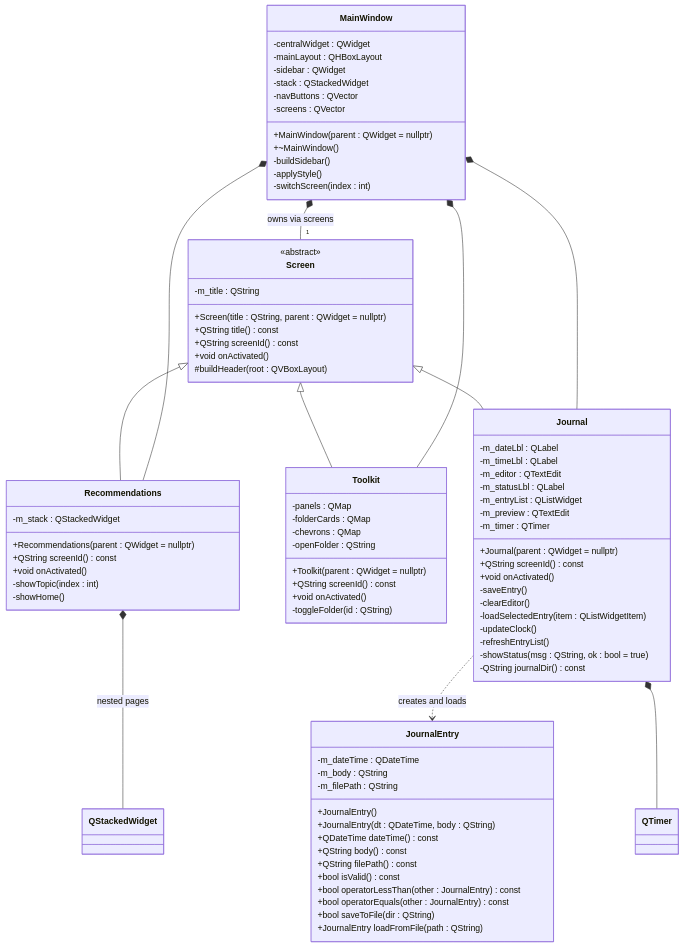
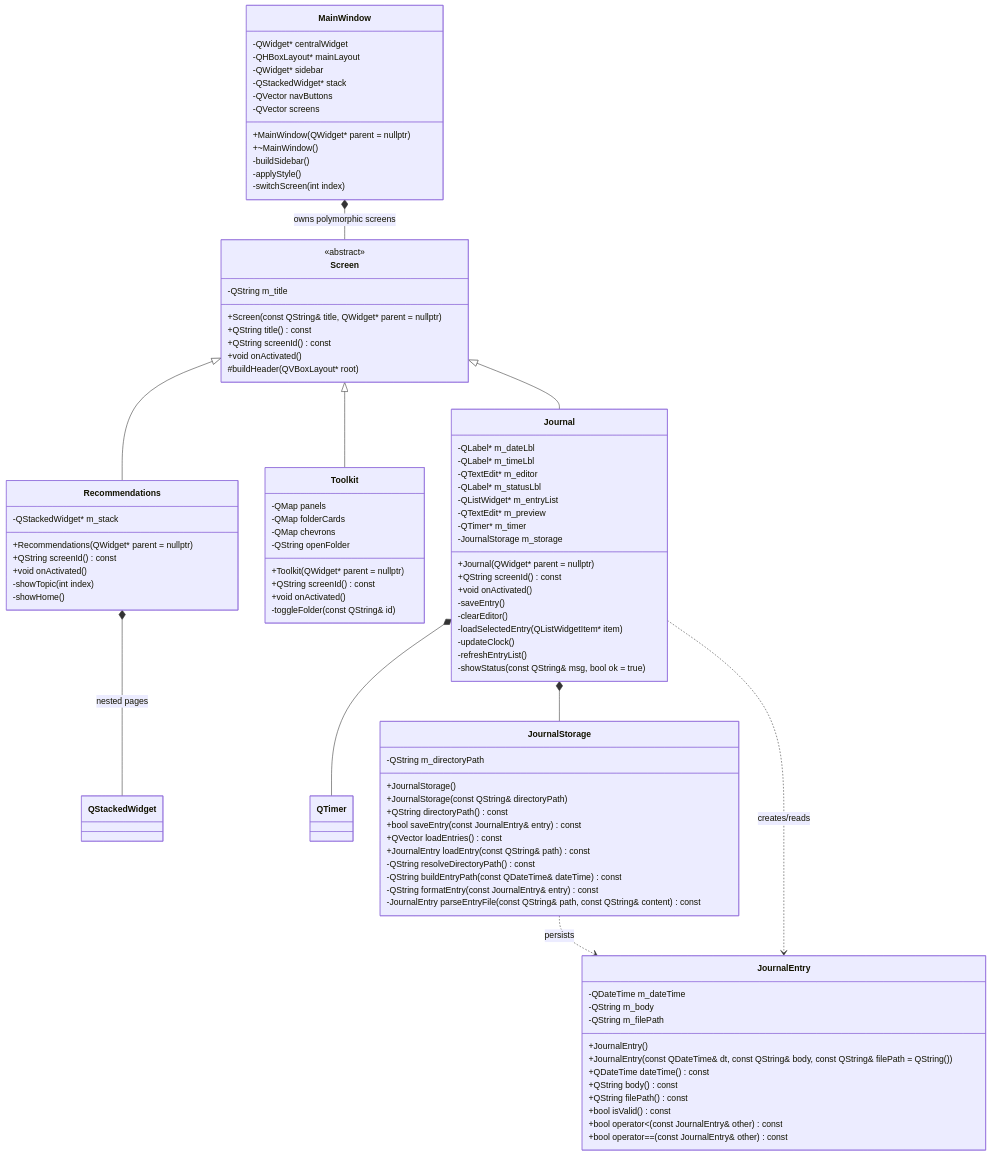
One commit to PhyoThihaOo32/MindEasePanther changed the sixth of 8 diagrams in ARCHITECTURE_DIAGRAMS.md. Above: the diagram before and after it, drawn with Mermaid. The commit also changed other lines of this file and 76 other files, not shown here.

````diff
--- a/ARCHITECTURE_DIAGRAMS.md
+++ b/ARCHITECTURE_DIAGRAMS.md
@@ -133,93 +158,104 @@
 ```mermaid
 classDiagram
     class MainWindow {
-        -centralWidget : QWidget
-        -mainLayout : QHBoxLayout
-        -sidebar : QWidget
-        -stack : QStackedWidget
-        -navButtons : QVector
-        -screens : QVector
-        +MainWindow(parent : QWidget = nullptr)
+        -QWidget* centralWidget
+        -QHBoxLayout* mainLayout
+        -QWidget* sidebar
+        -QStackedWidget* stack
+        -QVector<QPushButton*> navButtons
+        -QVector<Screen*> screens
+        +MainWindow(QWidget* parent = nullptr)
         +~MainWindow()
         -buildSidebar()
         -applyStyle()
-        -switchScreen(index : int)
+        -switchScreen(int index)
     }
 
     class Screen {
         <<abstract>>
-        -m_title : QString
-        +Screen(title : QString, parent : QWidget = nullptr)
+        -QString m_title
+        +Screen(const QString& title, QWidget* parent = nullptr)
         +QString title() const
         +QString screenId() const
         +void onActivated()
-        #buildHeader(root : QVBoxLayout)
+        #buildHeader(QVBoxLayout* root)
     }
 
     class Recommendations {
-        -m_stack : QStackedWidget
-        +Recommendations(parent : QWidget = nullptr)
+        -QStackedWidget* m_stack
+        +Recommendations(QWidget* parent = nullptr)
         +QString screenId() const
         +void onActivated()
-        -showTopic(index : int)
+        -showTopic(int index)
         -showHome()
     }
 
     class Toolkit {
-        -panels : QMap
-        -folderCards : QMap
-        -chevrons : QMap
-        -openFolder : QString
-        +Toolkit(parent : QWidget = nullptr)
+        -QMap<QString,QFrame*> panels
+        -QMap<QString,QWidget*> folderCards
+        -QMap<QString,QLabel*> chevrons
+        -QString openFolder
+        +Toolkit(QWidget* parent = nullptr)
         +QString screenId() const
         +void onActivated()
-        -toggleFolder(id : QString)
+        -toggleFolder(const QString& id)
     }
 
     class Journal {
-        -m_dateLbl : QLabel
-        -m_timeLbl : QLabel
-        -m_editor : QTextEdit
-        -m_statusLbl : QLabel
-        -m_entryList : QListWidget
-        -m_preview : QTextEdit
-        -m_timer : QTimer
-        +Journal(parent : QWidget = nullptr)
+        -QLabel* m_dateLbl
+        -QLabel* m_timeLbl
+        -QTextEdit* m_editor
+        -QLabel* m_statusLbl
+        -QListWidget* m_entryList
+        -QTextEdit* m_preview
+        -QTimer* m_timer
+        -JournalStorage m_storage
+        +Journal(QWidget* parent = nullptr)
         +QString screenId() const
         +void onActivated()
         -saveEntry()
         -clearEditor()
-        -loadSelectedEntry(item : QListWidgetItem)
+        -loadSelectedEntry(QListWidgetItem* item)
         -updateClock()
         -refreshEntryList()
-        -showStatus(msg : QString, ok : bool = true)
-        -QString journalDir() const
+        -showStatus(const QString& msg, bool ok = true)
     }
 
     class JournalEntry {
-        -m_dateTime : QDateTime
-        -m_body : QString
-        -m_filePath : QString
+        -QDateTime m_dateTime
+        -QString m_body
+        -QString m_filePath
         +JournalEntry()
-        +JournalEntry(dt : QDateTime, body : QString)
+        +JournalEntry(const QDateTime& dt, const QString& body, const QString& filePath = QString())
         +QDateTime dateTime() const
         +QString body() const
         +QString filePath() const
         +bool isValid() const
-        +bool operatorLessThan(other : JournalEntry) const
-        +bool operatorEquals(other : JournalEntry) const
-        +bool saveToFile(dir : QString)
-        +JournalEntry loadFromFile(path : QString)
+        +bool operator<(const JournalEntry& other) const
+        +bool operator==(const JournalEntry& other) const
     }
 
-    MainWindow *-- "1" Screen : owns via screens
+    class JournalStorage {
+        -QString m_directoryPath
+        +JournalStorage()
+        +JournalStorage(const QString& directoryPath)
+        +QString directoryPath() const
+        +bool saveEntry(const JournalEntry& entry) const
+        +QVector<JournalEntry> loadEntries() const
+        +JournalEntry loadEntry(const QString& path) const
+        -QString resolveDirectoryPath() const
+        -QString buildEntryPath(const QDateTime& dateTime) const
+        -QString formatEntry(const JournalEntry& entry) const
+        -JournalEntry parseEntryFile(const QString& path, const QString& content) const
+    }
+
+    MainWindow *-- Screen : owns polymorphic screens
     Screen <|-- Recommendations
     Screen <|-- Toolkit
     Screen <|-- Journal
-    MainWindow *-- Recommendations
-    MainWindow *-- Toolkit
-    MainWindow *-- Journal
     Recommendations *-- QStackedWidget : nested pages
-    Journal ..> JournalEntry : creates and loads
     Journal *-- QTimer
+    Journal *-- JournalStorage
+    Journal ..> JournalEntry : creates/reads
+    JournalStorage ..> JournalEntry : persists
 ```
````
